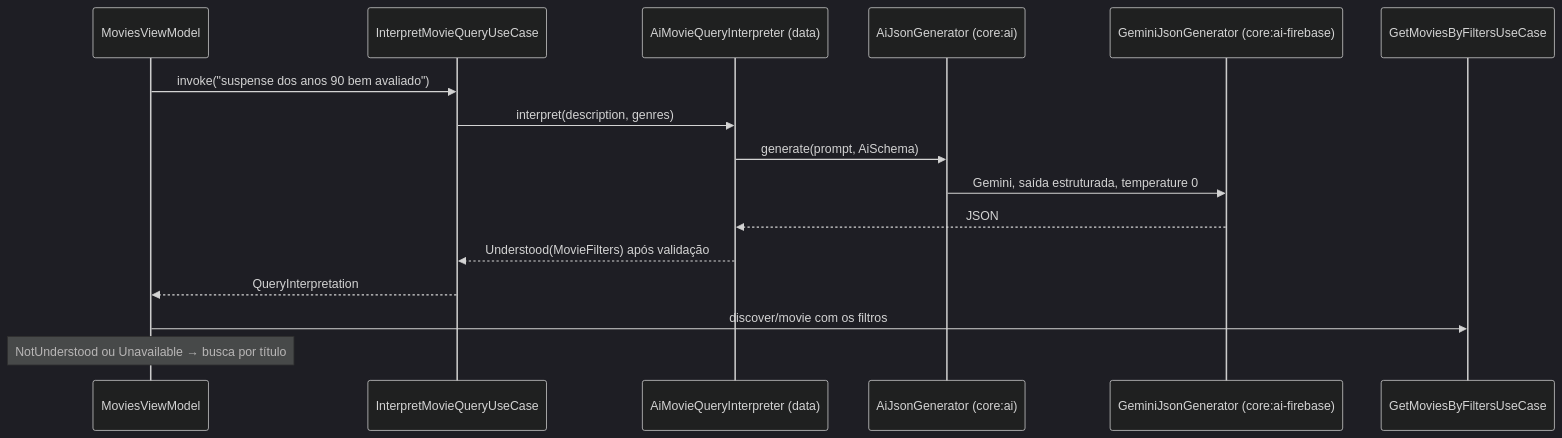
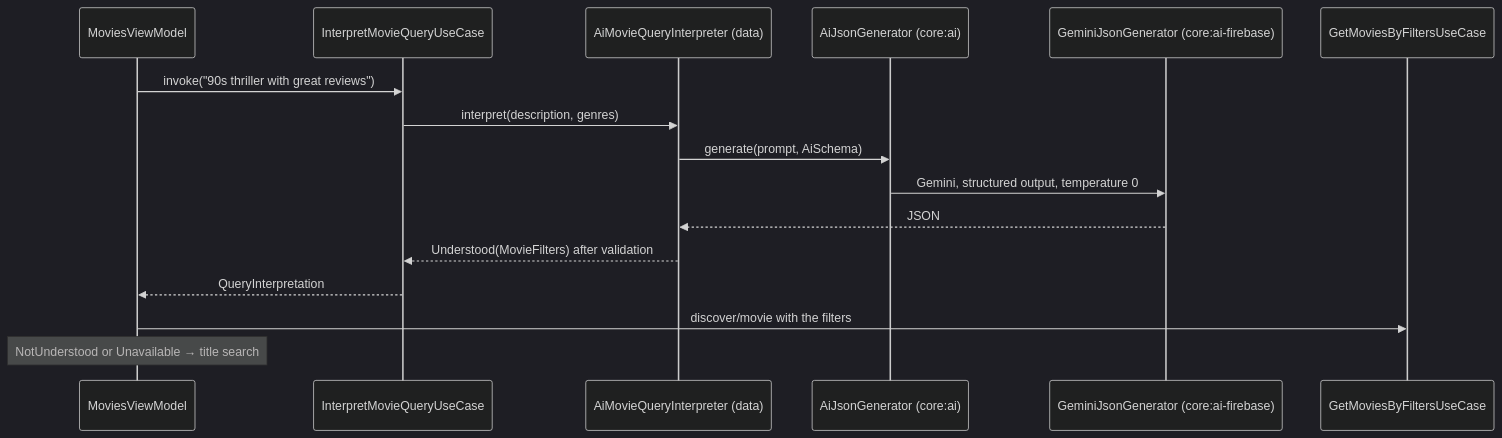
The fifth of 6 diagrams in docs/explanation/architecture.md (FilipeSilva18/my-favorite-film-android), drawn with Mermaid (dark theme) before and after one commit. The commit also changed other lines of this file and 51 other files, not shown here.

````diff
--- a/docs/explanation/architecture.md
+++ b/docs/explanation/architecture.md
@@ -133,19 +133,19 @@
 ```mermaid
 sequenceDiagram
     participant VM as MoviesViewModel
     participant UC as InterpretMovieQueryUseCase
     participant I as AiMovieQueryInterpreter (data)
     participant G as AiJsonGenerator (core:ai)
     participant F as GeminiJsonGenerator (core:ai-firebase)
     participant D as GetMoviesByFiltersUseCase
 
-    VM->>UC: invoke("suspense dos anos 90 bem avaliado")
+    VM->>UC: invoke("90s thriller with great reviews")
     UC->>I: interpret(description, genres)
     I->>G: generate(prompt, AiSchema)
-    G->>F: Gemini, saída estruturada, temperature 0
+    G->>F: Gemini, structured output, temperature 0
     F-->>I: JSON
-    I-->>UC: Understood(MovieFilters) após validação
+    I-->>UC: Understood(MovieFilters) after validation
     UC-->>VM: QueryInterpretation
-    VM->>D: discover/movie com os filtros
-    Note over VM: NotUnderstood ou Unavailable → busca por título
+    VM->>D: discover/movie with the filters
+    Note over VM: NotUnderstood or Unavailable → title search
 ```
````
